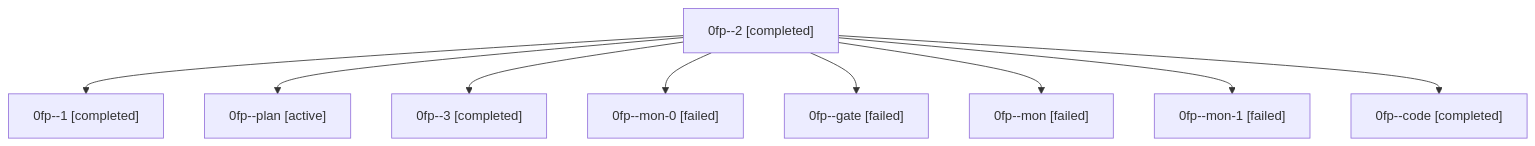
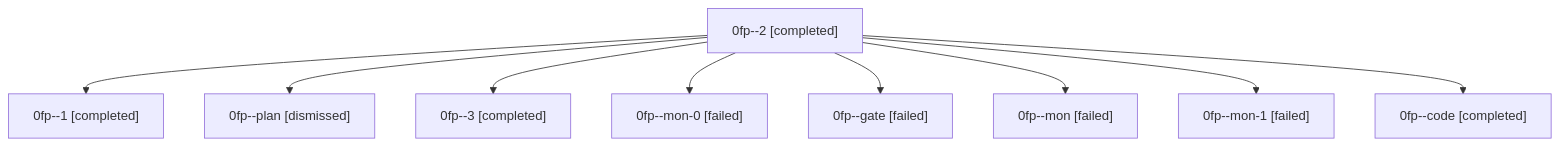
Before and after one commit to sase-org/sase--agents: the diagram in sessions/bbugyi200.athena.0fp.md, drawn with Mermaid. The commit also changed other lines of this file and 28 other files, not shown here.

````diff
--- a/sessions/bbugyi200.athena.0fp.md
+++ b/sessions/bbugyi200.athena.0fp.md
@@ -9,20 +9,20 @@
 ```mermaid
 flowchart TD
   n0["0fp--2 [completed]"]
   n1["0fp--1 [completed]"]
   n0 --> n1
-  n2["0fp--plan [active]"]
+  n2["0fp--plan [dismissed]"]
   n0 --> n2
   n3["0fp--3 [completed]"]
   n0 --> n3
   n4["0fp--mon-0 [failed]"]
   n0 --> n4
   n5["0fp--gate [failed]"]
   n0 --> n5
   n6["0fp--mon [failed]"]
   n0 --> n6
   n7["0fp--mon-1 [failed]"]
   n0 --> n7
   n8["0fp--code [completed]"]
   n0 --> n8
 ```
````
